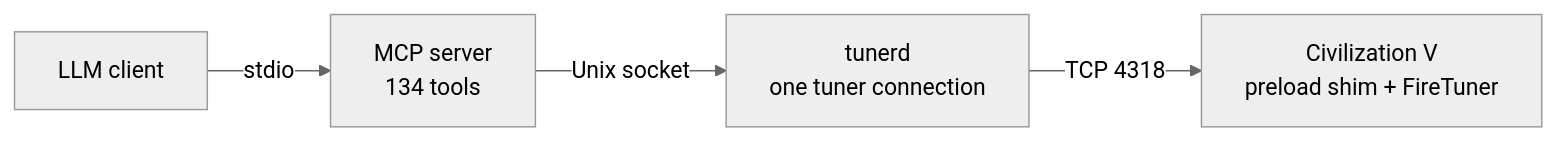
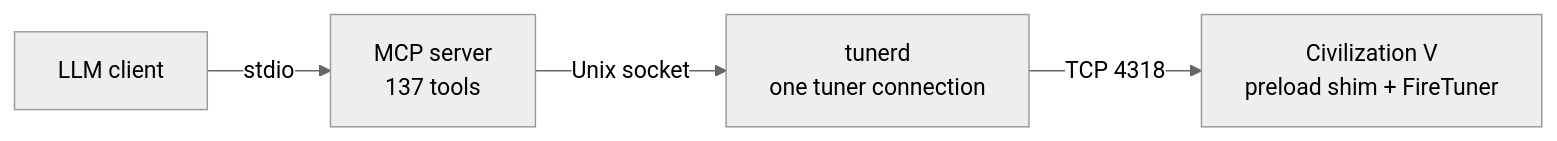
The diagram in README.md (ty-meador/civ-v-linux-mcp), drawn with Mermaid (neutral theme) before and after one commit. The commit also changed other lines of this file and 12 other files, not shown here.

````diff
--- a/README.md
+++ b/README.md
@@ -146,6 +153,6 @@
 ```mermaid
 flowchart LR
-    A["LLM client"] -->|stdio| B["MCP server<br/>134 tools"]
+    A["LLM client"] -->|stdio| B["MCP server<br/>137 tools"]
     B -->|Unix socket| C["tunerd<br/>one tuner connection"]
     C -->|TCP 4318| D["Civilization V<br/>preload shim + FireTuner"]
 ```
````
